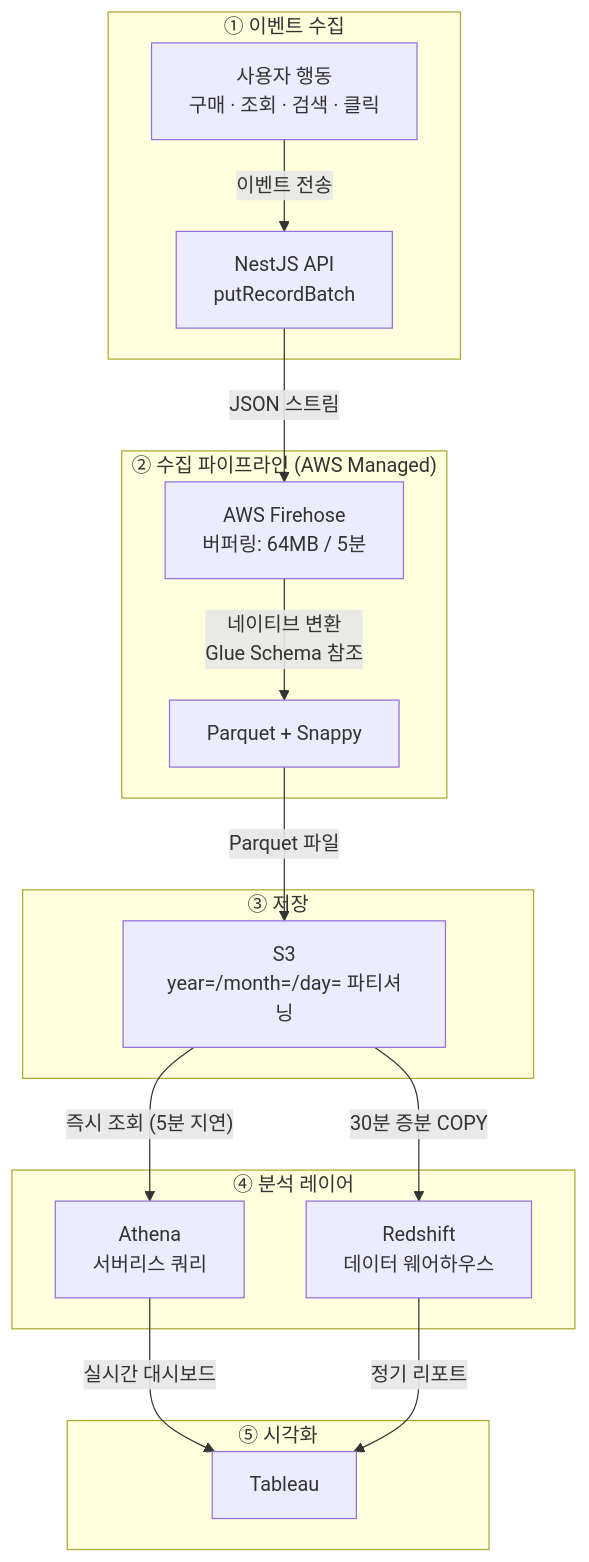
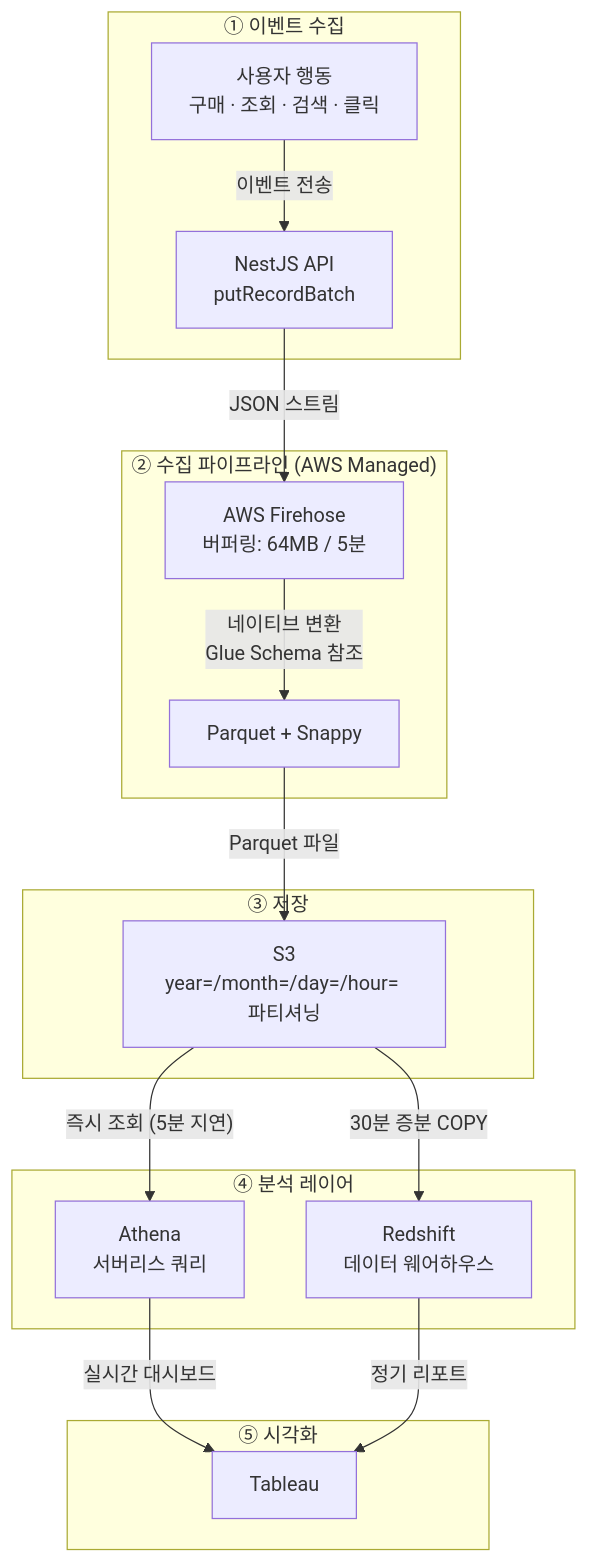
One commit to banggeunho/banggeunho changed the diagram in portfolio/projects/data-pipeline-firehose/index.md. Above: the diagram before and after it, drawn with Mermaid. The commit also changed other lines of this file and 7 other files, not shown here.

First line of the commit message:
fix: correct diagrams, code examples, and terminology for consistency

````diff
--- a/portfolio/projects/data-pipeline-firehose/index.md
+++ b/portfolio/projects/data-pipeline-firehose/index.md
@@ -104,25 +104,25 @@
 ```mermaid
 graph TB
     subgraph 이벤트_수집["① 이벤트 수집"]
         A[사용자 행동<br/>구매 · 조회 · 검색 · 클릭] -->|이벤트 전송| B[NestJS API<br/>putRecordBatch]
     end
 
     subgraph 수집_파이프라인["② 수집 파이프라인 (AWS Managed)"]
         B -->|JSON 스트림| C[AWS Firehose<br/>버퍼링: 64MB / 5분]
         C -->|네이티브 변환<br/>Glue Schema 참조| D[Parquet + Snappy]
     end
 
     subgraph 저장["③ 저장"]
-        D -->|Parquet 파일| E["S3<br/>year=/month=/day= 파티셔닝"]
+        D -->|Parquet 파일| E["S3<br/>year=/month=/day=/hour= 파티셔닝"]
     end
 
     subgraph 분석_레이어["④ 분석 레이어"]
         E -->|"즉시 조회 (5분 지연)"| F[Athena<br/>서버리스 쿼리]
         E -->|"30분 증분 COPY"| G[Redshift<br/>데이터 웨어하우스]
     end
 
     subgraph 시각화["⑤ 시각화"]
         F -->|실시간 대시보드| H[Tableau]
         G -->|정기 리포트| H
     end
 ```
````
